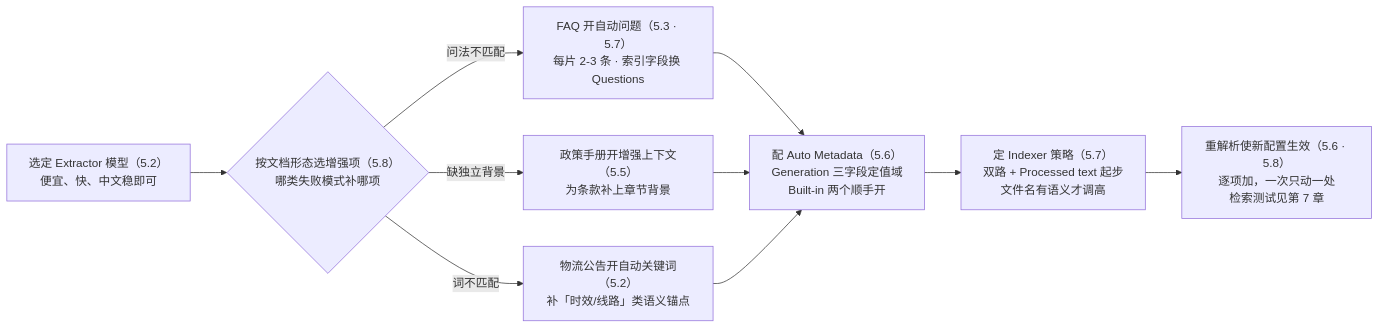
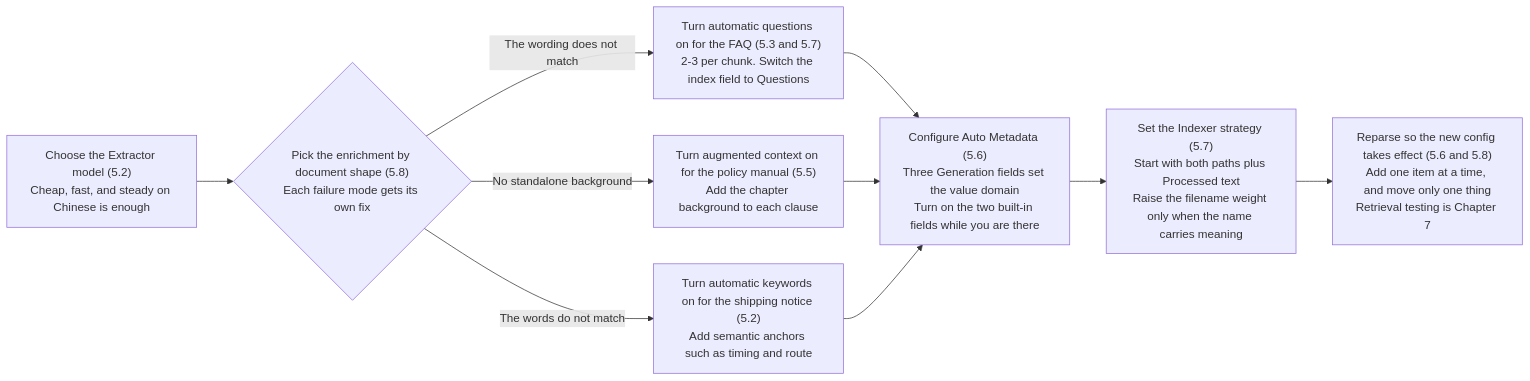
Before and after one commit to ybak/ai-tutorial: the first of 3 diagrams in books/ragflow/en/chapters/05-enrichment-indexing.md, drawn with Mermaid. The commit also changed other lines of this file and 16 other files, not shown here.

First line of the commit message:
docs(ragflow): 按审阅改英文图、注释和正文

````diff
--- a/books/ragflow/en/chapters/05-enrichment-indexing.md
+++ b/books/ragflow/en/chapters/05-enrichment-indexing.md
@@ -11,12 +11,12 @@
 ```mermaid
 flowchart LR
-    A["选定 Extractor 模型（5.2）<br/>便宜、快、中文稳即可"] --> B{"按文档形态选增强项（5.8）<br/>哪类失败模式补哪项"}
-    B -->|"问法不匹配"| C["FAQ 开自动问题（5.3 · 5.7）<br/>每片 2-3 条 · 索引字段换 Questions"]
-    B -->|"缺独立背景"| D["政策手册开增强上下文（5.5）<br/>为条款补上章节背景"]
-    B -->|"词不匹配"| E["物流公告开自动关键词（5.2）<br/>补「时效/线路」类语义锚点"]
-    C --> F["配 Auto Metadata（5.6）<br/>Generation 三字段定值域<br/>Built-in 两个顺手开"]
+    A["Choose the Extractor model (5.2)<br/>Cheap, fast, and steady on Chinese is enough"] --> B{"Pick the enrichment by document shape (5.8)<br/>Each failure mode gets its own fix"}
+    B -->|"The wording does not match"| C["Turn automatic questions on for the FAQ (5.3 and 5.7)<br/>2-3 per chunk. Switch the index field to Questions"]
+    B -->|"No standalone background"| D["Turn augmented context on for the policy manual (5.5)<br/>Add the chapter background to each clause"]
+    B -->|"The words do not match"| E["Turn automatic keywords on for the shipping notice (5.2)<br/>Add semantic anchors such as timing and route"]
+    C --> F["Configure Auto Metadata (5.6)<br/>Three Generation fields set the value domain<br/>Turn on the two built-in fields while you are there"]
     D --> F
     E --> F
-    F --> G["定 Indexer 策略（5.7）<br/>双路 + Processed text 起步<br/>文件名有语义才调高"]
-    G --> H["重解析使新配置生效（5.6 · 5.8）<br/>逐项加，一次只动一处<br/>检索测试见第 7 章"]
+    F --> G["Set the Indexer strategy (5.7)<br/>Start with both paths plus Processed text<br/>Raise the filename weight only when the name carries meaning"]
+    G --> H["Reparse so the new config takes effect (5.6 and 5.8)<br/>Add one item at a time, and move only one thing<br/>Retrieval testing is Chapter 7"]
 ```
````
